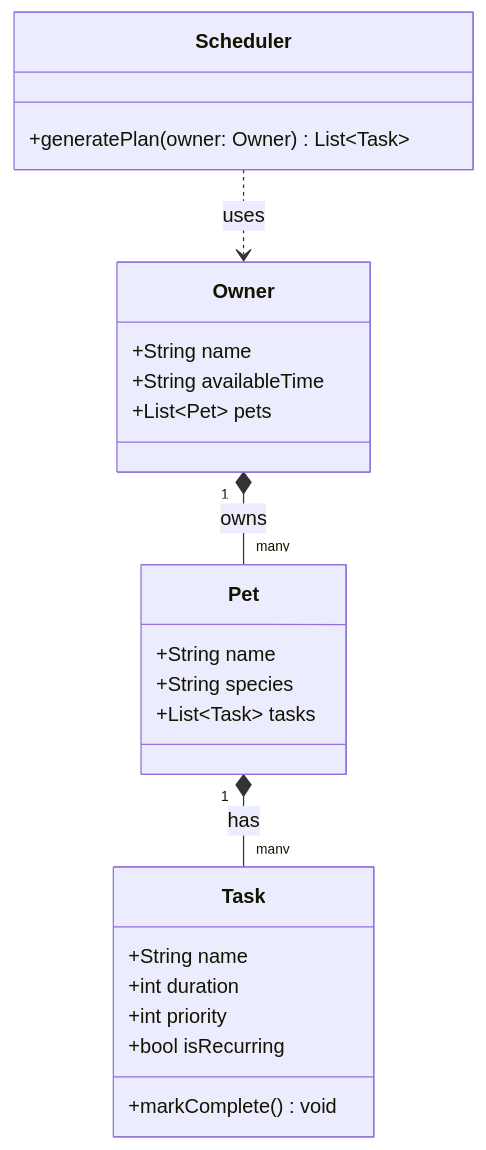
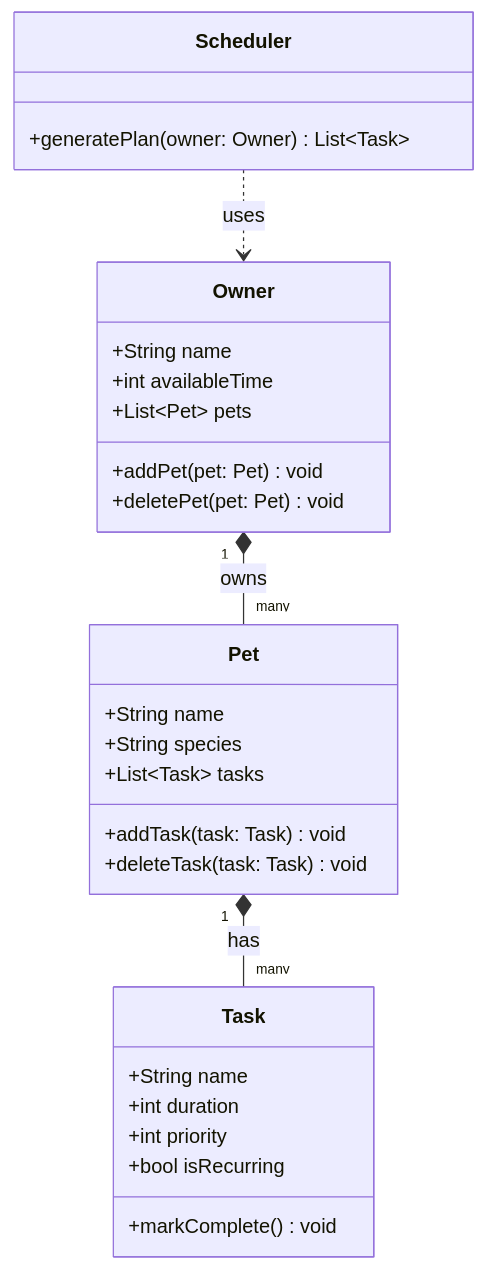
The diagram in diagrams/uml.mmd (Rubey4112/ai110-module2show-pawpal-starter), drawn with Mermaid before and after one commit. The commit also changed 1 other file, not shown here.

```diff
--- a/diagrams/uml.mmd
+++ b/diagrams/uml.mmd
@@ -1,28 +1,32 @@
 classDiagram
     class Owner {
         +String name
-        +String availableTime
+        +int availableTime
         +List~Pet~ pets
+        +addPet(pet: Pet) void
+        +deletePet(pet: Pet) void
     }
 
     class Pet {
         +String name
         +String species
         +List~Task~ tasks
+        +addTask(task: Task) void
+        +deleteTask(task: Task) void
     }
 
     class Task {
         +String name
         +int duration
         +int priority
         +bool isRecurring
         +markComplete() void
     }
 
     class Scheduler {
         +generatePlan(owner: Owner) List~Task~
     }
 
     Owner "1" *-- "many" Pet : owns
     Pet "1" *-- "many" Task : has
     Scheduler ..> Owner : uses
```
